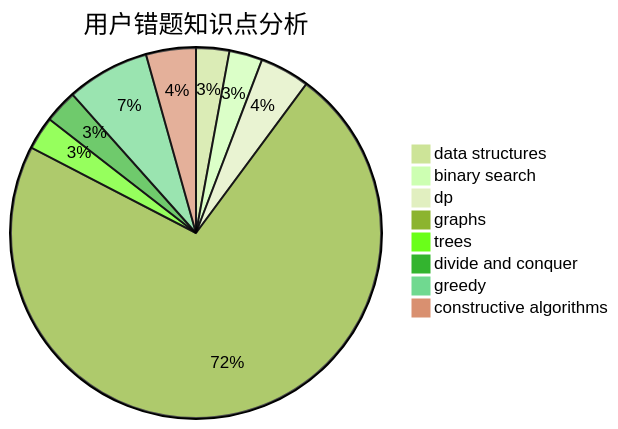
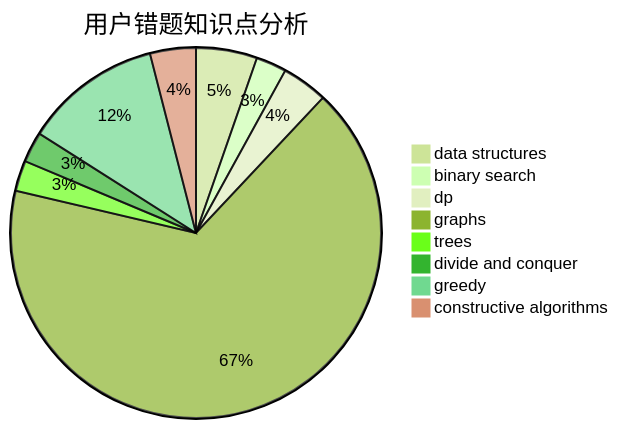
One commit to sherpahu/cfrs.github.io changed the third of 3 diagrams in docs/user/u2678.md. Above: the diagram before and after it, drawn with Mermaid (forest theme). The commit also changed other lines of this file and 2770 other files, not shown here.

````diff
--- a/docs/user/u2678.md
+++ b/docs/user/u2678.md
@@ -36,11 +36,11 @@
 ```mermaid
 pie title 用户错题知识点分析
-    "data structures" :  2
+    "data structures" :  4
     "binary search" :  2
     "dp" :  3
     "graphs" :  50
     "trees" :  2
     "divide and conquer" :  2
-    "greedy" :  5
+    "greedy" :  9
     "constructive algorithms" :  3
 ```
````
